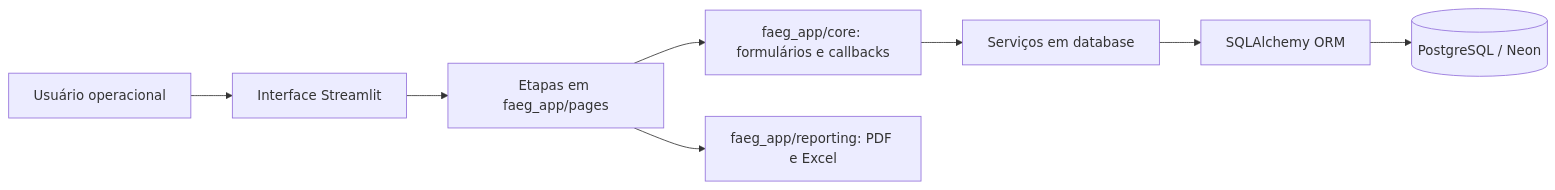
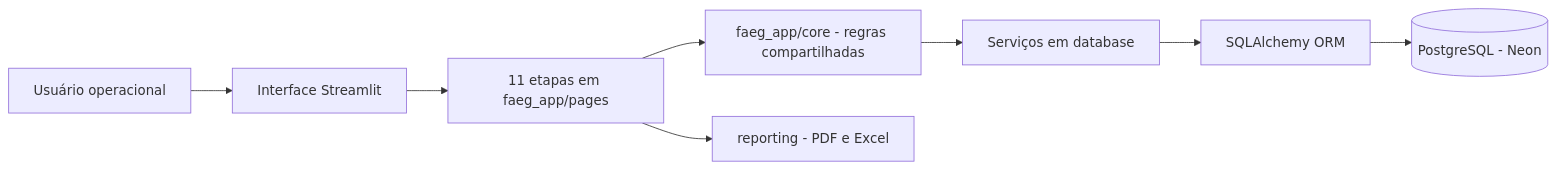
The diagram in README.md (felpontes98/faeg-logistica-app), drawn with Mermaid before and after one commit. The commit also changed other lines of this file and 21 other files, not shown here.

Commit message:
Docs: auditoria final, correcao dos diagramas e preparacao para banca

````diff
--- a/README.md
+++ b/README.md
@@ -40,10 +40,10 @@
 ```mermaid
 flowchart LR
-    U[Usuário operacional] --> UI[Interface Streamlit]
-    UI --> PAG[Etapas em faeg_app/pages]
-    PAG --> CORE[faeg_app/core: formulários e callbacks]
-    CORE --> DOM[Serviços em database]
-    DOM --> ORM[SQLAlchemy ORM]
-    ORM --> DB[(PostgreSQL / Neon)]
-    PAG --> REL[faeg_app/reporting: PDF e Excel]
+    U["Usuário operacional"] --> UI["Interface Streamlit"]
+    UI --> PAG["11 etapas em faeg_app/pages"]
+    PAG --> CORE["faeg_app/core - regras compartilhadas"]
+    CORE --> DOM["Serviços em database"]
+    DOM --> ORM["SQLAlchemy ORM"]
+    ORM --> DB[("PostgreSQL - Neon")]
+    PAG --> REL["reporting - PDF e Excel"]
 ```
````
